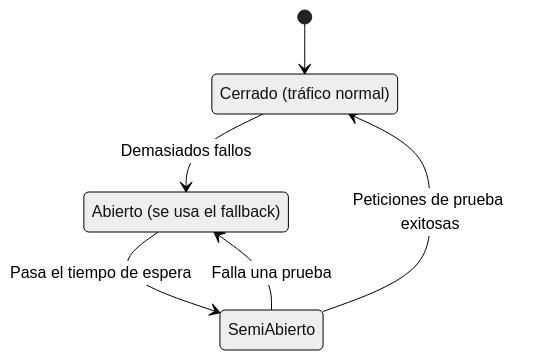
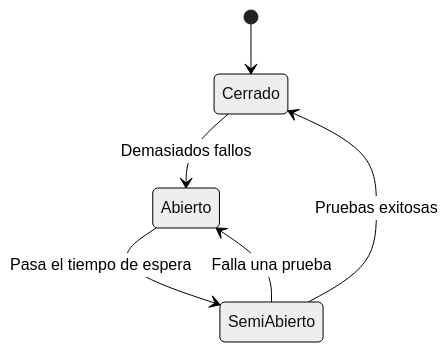
Before and after one commit to carlosgarcia-tech/carlosgarcia-tech: the third of 4 diagrams in README.md, drawn with Mermaid (neutral theme). The commit also changed other lines of this file, not shown here.

````diff
--- a/README.md
+++ b/README.md
@@ -286,10 +303,8 @@
 ```mermaid
 stateDiagram-v2
     [*] --> Cerrado
     Cerrado --> Abierto: Demasiados fallos
     Abierto --> SemiAbierto: Pasa el tiempo de espera
-    SemiAbierto --> Cerrado: Peticiones de prueba exitosas
+    SemiAbierto --> Cerrado: Pruebas exitosas
     SemiAbierto --> Abierto: Falla una prueba
-    Abierto: Abierto (se usa el fallback)
-    Cerrado: Cerrado (tráfico normal)
 ```
````
